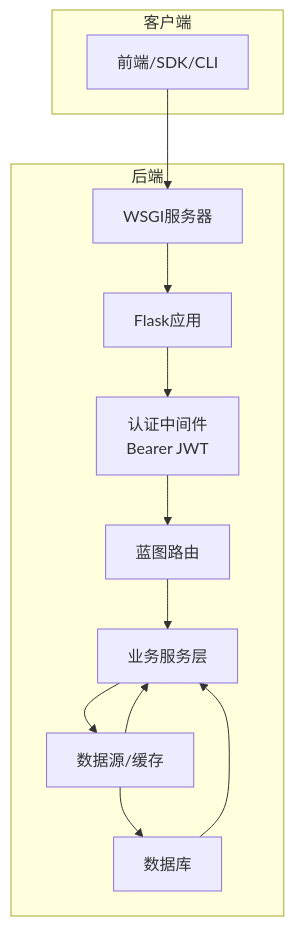
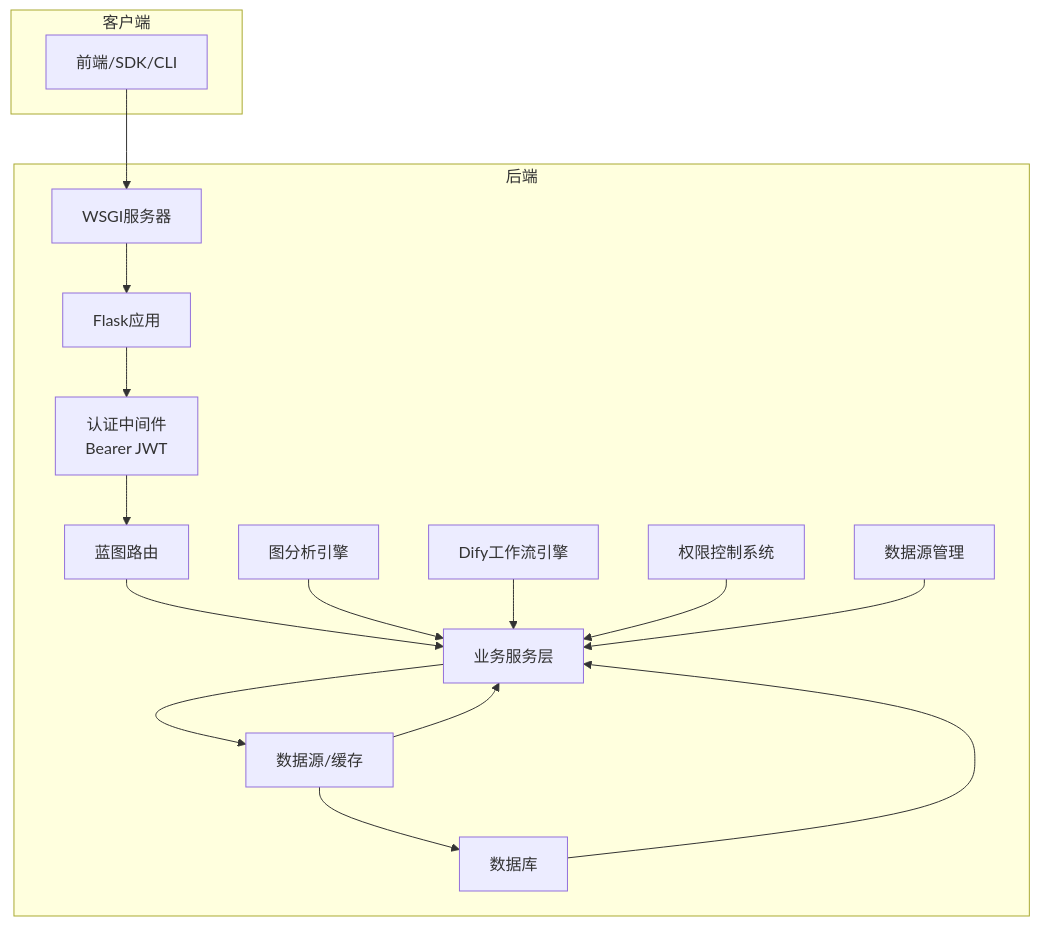
The second of 10 diagrams in .qoder/repowiki/zh/content/API参考文档/API参考文档.md (joezxh/QuantDinger), drawn with Mermaid before and after one commit. The commit also changed other lines of this file and 27 other files, not shown here.

````diff
--- a/.qoder/repowiki/zh/content/API参考文档/API参考文档.md
+++ b/.qoder/repowiki/zh/content/API参考文档/API参考文档.md
@@ -77,18 +109,26 @@
 ```mermaid
 graph TB
 subgraph "客户端"
 FE["前端/SDK/CLI"]
 end
 subgraph "后端"
 WSGI["WSGI服务器"]
 FLASK["Flask应用"]
 AUTH["认证中间件<br/>Bearer JWT"]
 ROUTES["蓝图路由"]
 SERVICES["业务服务层"]
 DATA["数据源/缓存"]
 DB["数据库"]
+GRAPH["图分析引擎"]
+DIFY["Dify工作流引擎"]
+PERMISSION["权限控制系统"]
+DATASOURCE["数据源管理"]
 end
 FE --> WSGI --> FLASK --> AUTH --> ROUTES --> SERVICES --> DATA --> DB
 DATA --> SERVICES
 DB --> SERVICES
+GRAPH --> SERVICES
+DIFY --> SERVICES
+PERMISSION --> SERVICES
+DATASOURCE --> SERVICES
 ```
````
